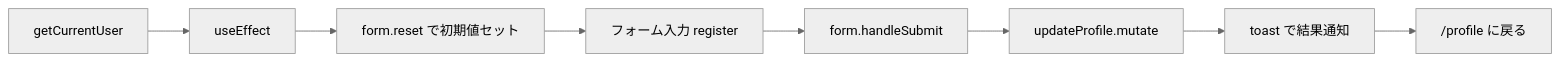
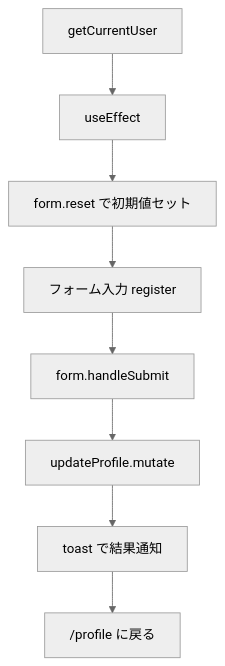
One commit to kouiso/task-app changed the second of 3 diagrams in material/30days-curriculum/day25_プロフィール編集.md. Above: the diagram before and after it, drawn with Mermaid (neutral theme). The commit also changed 1 other file, not shown here.

Commit message:
fix(material): エッジの多いflowchartをLRからTBへ変更（issue #416）
day05「フォーム管理の仕組み」図とday25「編集ページのデータフロー」図は
flowchart LR のままだと幅が版面を大きく超え、縮小で図内文字が
4.3pt / 3.4pt まで潰れていた。flowchart TB へ書き直し、
縦方向に積む形にした。実測で 11.6pt / 11.0pt に回復。

````diff
--- a/material/30days-curriculum/day25_プロフィール編集.md
+++ b/material/30days-curriculum/day25_プロフィール編集.md
@@ -1478,10 +1478,10 @@
 ```mermaid
-flowchart LR
+flowchart TB
     A[getCurrentUser] --> B[useEffect]
     B --> C[form.reset で初期値セット]
     C --> D[フォーム入力 register]
     D --> E[form.handleSubmit]
     E --> F[updateProfile.mutate]
     F --> G[toast で結果通知]
     G --> H["/profile に戻る"]
 ```
````
